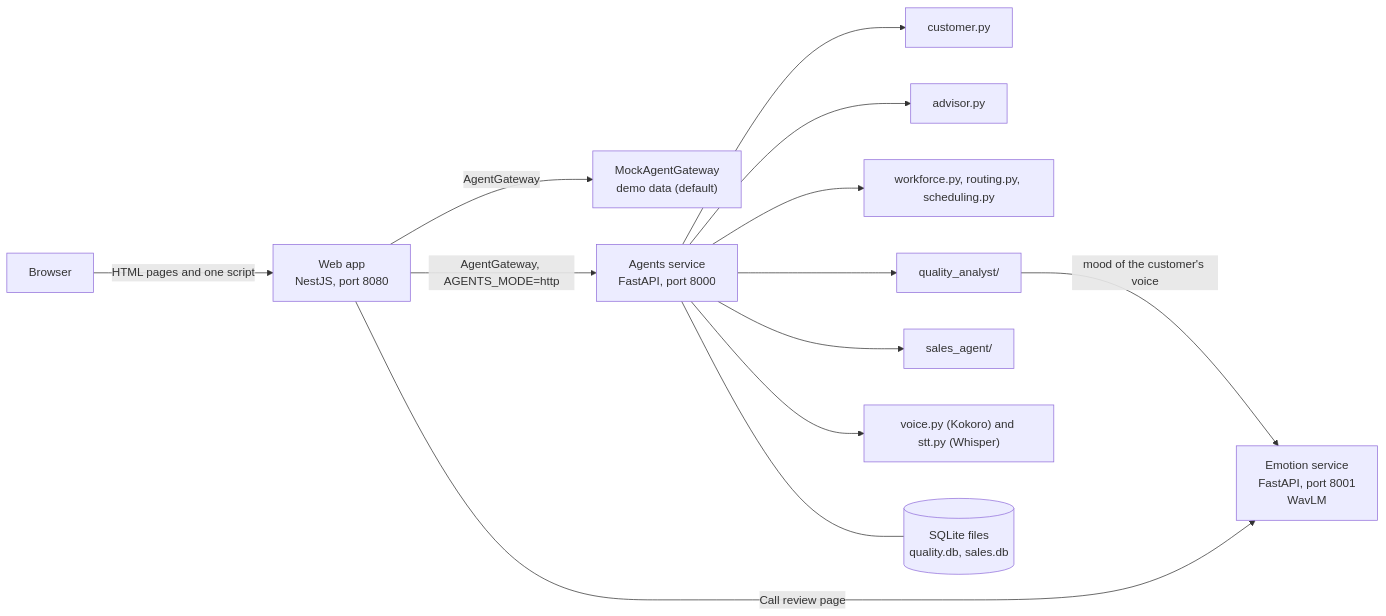
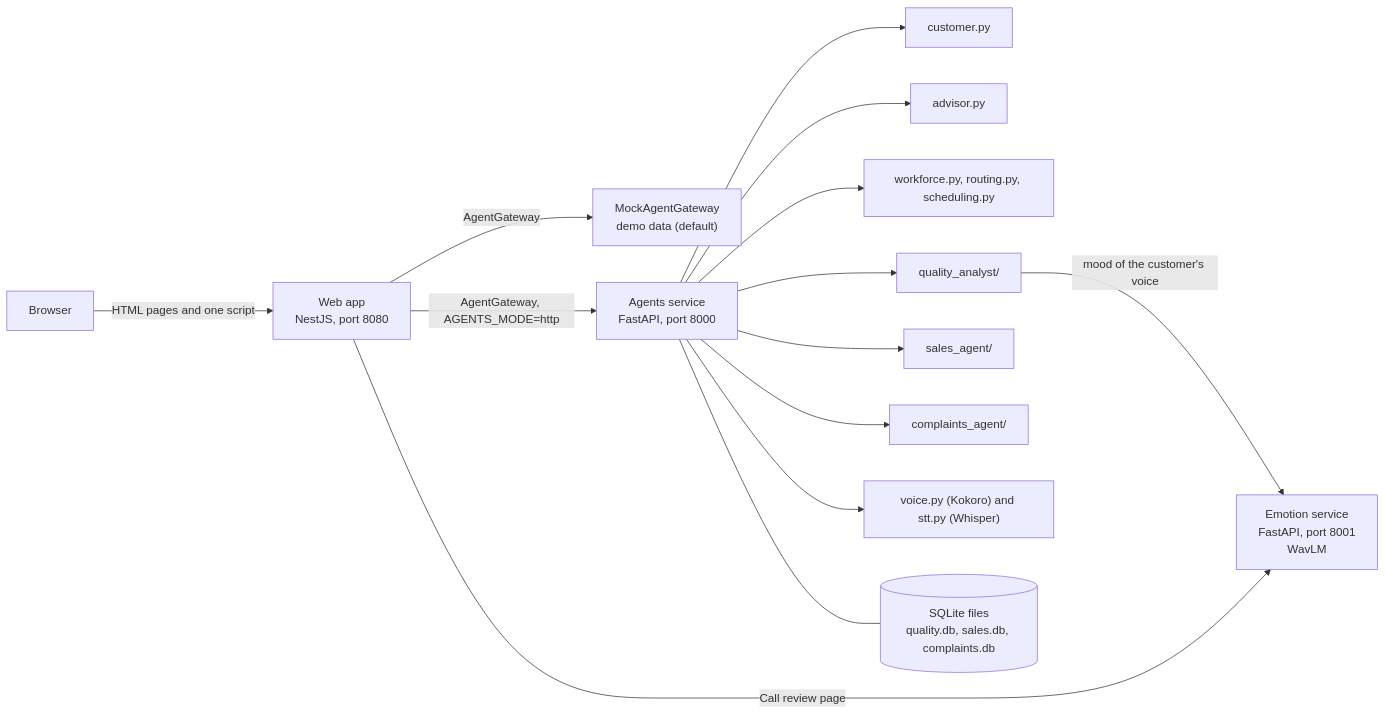
Before and after one commit to boufadenghassen/callverse-app: the diagram in docs/agents/README.md, drawn with Mermaid. The commit also changed other lines of this file and 20 other files, not shown here.

````diff
--- a/docs/agents/README.md
+++ b/docs/agents/README.md
@@ -23,15 +23,16 @@
 ```mermaid
 flowchart LR
   B[Browser] -->|HTML pages and one script| W["Web app<br/>NestJS, port 8080"]
   W -->|AgentGateway| M["MockAgentGateway<br/>demo data (default)"]
   W -->|"AgentGateway, AGENTS_MODE=http"| A["Agents service<br/>FastAPI, port 8000"]
   A --> C[customer.py]
   A --> V[advisor.py]
   A --> K[workforce.py, routing.py, scheduling.py]
   A --> Q[quality_analyst/]
   A --> S[sales_agent/]
+  A --> CM[complaints_agent/]
   A --> VO["voice.py (Kokoro) and stt.py (Whisper)"]
   Q -->|"mood of the customer's voice"| E["Emotion service<br/>FastAPI, port 8001<br/>WavLM"]
   W -->|"Call review page"| E
-  A --- D[("SQLite files<br/>quality.db, sales.db")]
+  A --- D[("SQLite files<br/>quality.db, sales.db, complaints.db")]
 ```
````
